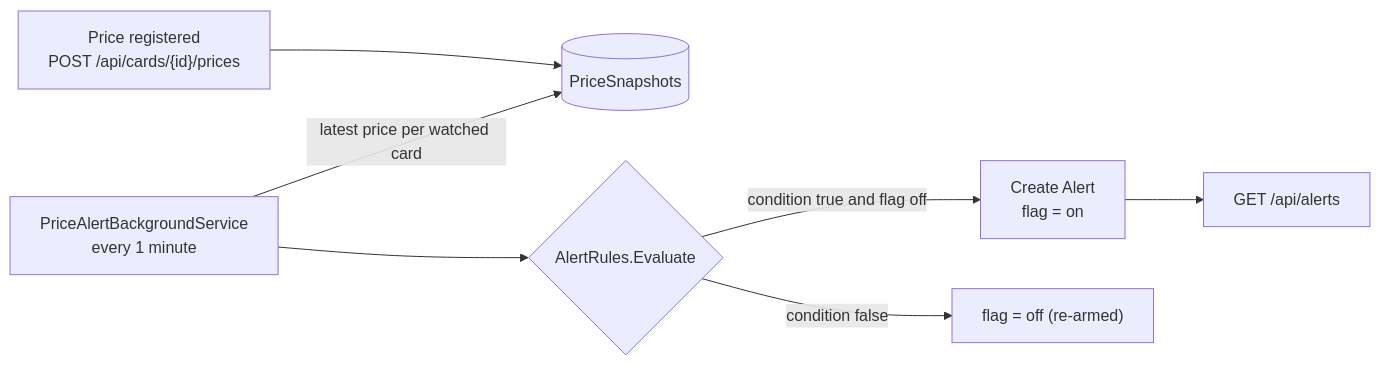
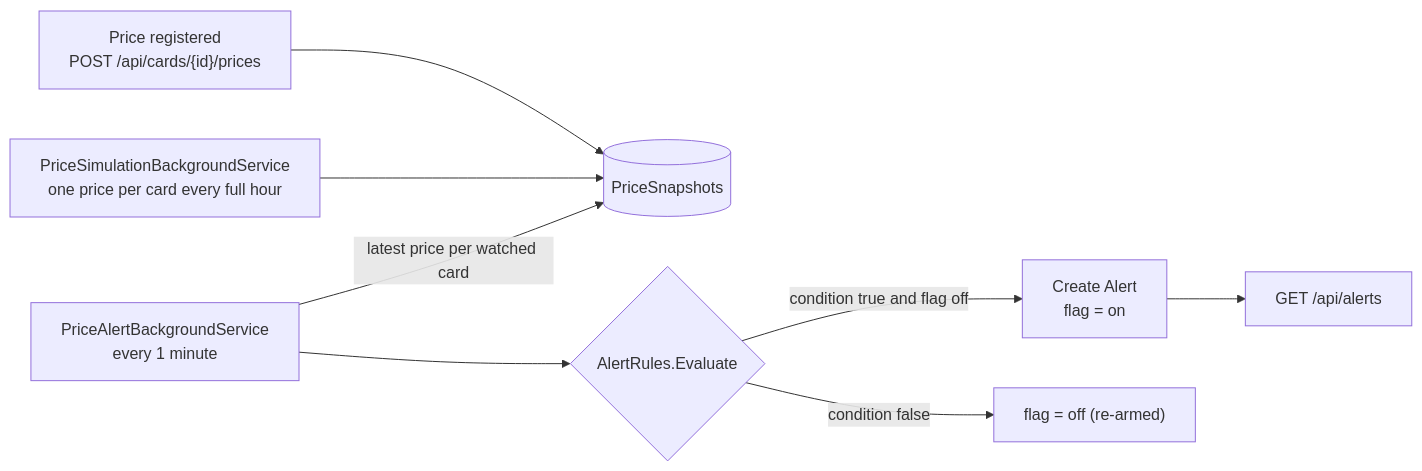
One commit to fc-trade-manager/backend changed the first of 3 diagrams in README.md. Above: the diagram before and after it, drawn with Mermaid. The commit also changed other lines of this file and 12 other files, not shown here.

````diff
--- a/README.md
+++ b/README.md
@@ -86,9 +86,10 @@
 ```mermaid
 flowchart LR
     A["Price registered<br/>POST /api/cards/{id}/prices"] --> B[("PriceSnapshots")]
+    S["PriceSimulationBackgroundService<br/>one price per card every full hour"] --> B
     C["PriceAlertBackgroundService<br/>every 1 minute"] -->|"latest price per watched card"| B
     C --> D{"AlertRules.Evaluate"}
     D -->|"condition true and flag off"| E["Create Alert<br/>flag = on"]
     D -->|"condition false"| F["flag = off (re-armed)"]
     E --> G["GET /api/alerts"]
 ```
````
